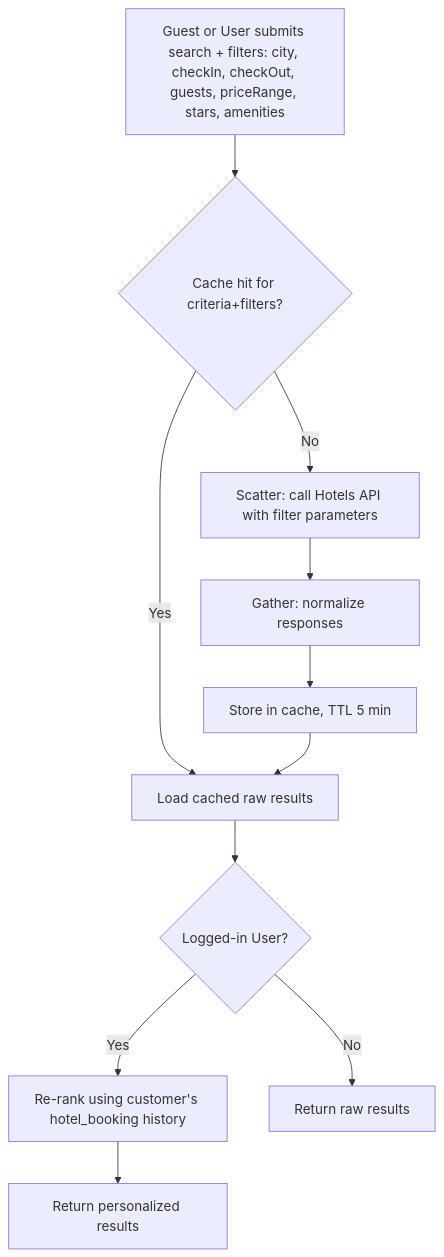
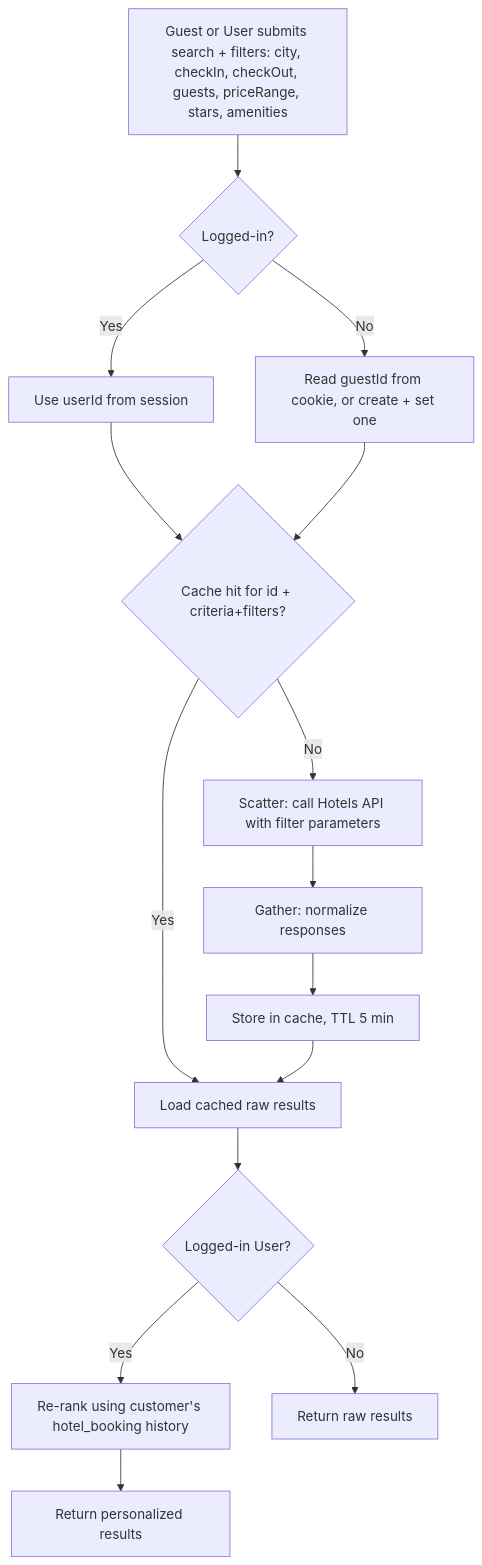
The first of 3 diagrams in diagrams/UC-02-filter-hotels.md (Backend-Mentor-ORG/booking), drawn with Mermaid before and after one commit. The commit also changed other lines of this file and 5 other files, not shown here.

First line of the commit message:
Sync UC diagrams with the compound cache key and travellers JSONB decisions

````diff
--- a/diagrams/UC-02-filter-hotels.md
+++ b/diagrams/UC-02-filter-hotels.md
@@ -11,13 +11,17 @@
 ```mermaid
 flowchart TD
-  A[Guest or User submits search + filters: city, checkIn, checkOut, guests, priceRange, stars, amenities] --> B{Cache hit for criteria+filters?}
+  A[Guest or User submits search + filters: city, checkIn, checkOut, guests, priceRange, stars, amenities] --> Z{Logged-in?}
+  Z -- Yes --> Z1[Use userId from session]
+  Z -- No --> Z2[Read guestId from cookie, or create + set one]
+  Z1 --> B{Cache hit for id + criteria+filters?}
+  Z2 --> B
   B -- Yes --> C[Load cached raw results]
   B -- No --> D[Scatter: call Hotels API with filter parameters]
   D --> E[Gather: normalize responses]
   E --> F[Store in cache, TTL 5 min]
   F --> C
   C --> G{Logged-in User?}
   G -- Yes --> H[Re-rank using customer's hotel_booking history]
   G -- No --> I[Return raw results]
   H --> J[Return personalized results]
 ```
````
